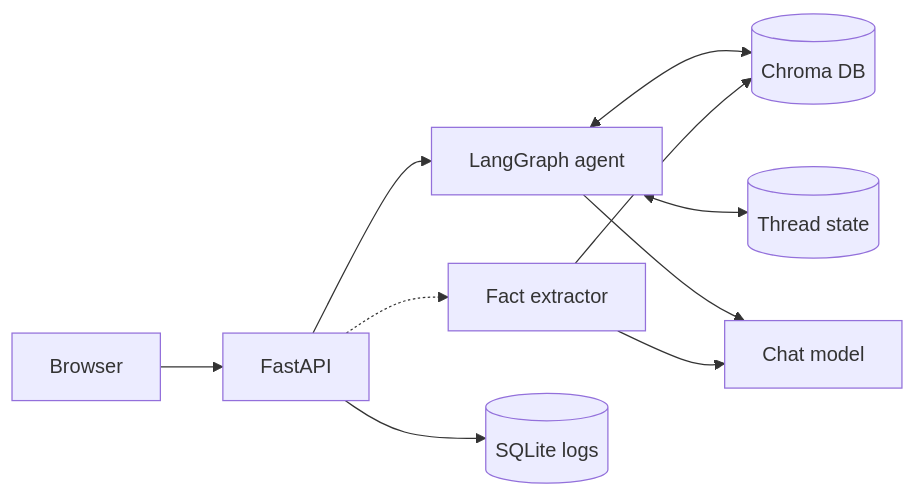
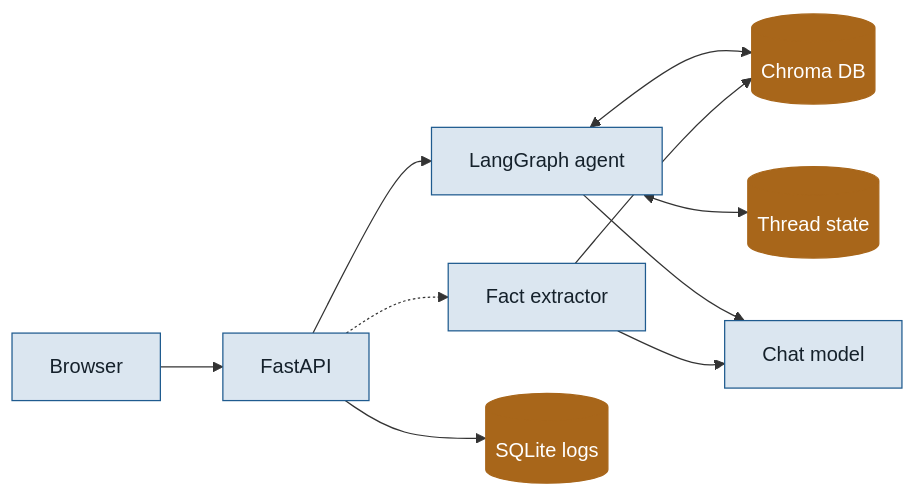
One commit to manjuv03/Personalized-AI-Assistant-with-Contextual-Recall changed the first of 2 diagrams in docs/HOW_IT_WORKS.md. Above: the diagram before and after it, drawn with Mermaid. The commit also changed other lines of this file and 2 other files, not shown here.

Commit message:
Polish README and colour the diagrams

````diff
--- a/docs/HOW_IT_WORKS.md
+++ b/docs/HOW_IT_WORKS.md
@@ -118,11 +118,15 @@
 ```mermaid
 flowchart LR
     UI[Browser] --> API[FastAPI]
     API --> G[LangGraph agent]
     G <--> C[(Chroma DB)]
     G <--> K[(Thread state)]
     G --> M[Chat model]
     API -.-> E[Fact extractor] --> C
     E --> M
     API --> L[(SQLite logs)]
+    classDef default fill:#dbe6f0,stroke:#1f5b8f,color:#15212b
+    classDef io fill:#1f5b8f,stroke:#1f5b8f,color:#ffffff
+    classDef store fill:#a8661a,stroke:#a8661a,color:#ffffff
+    class C,K,L store
 ```
````
